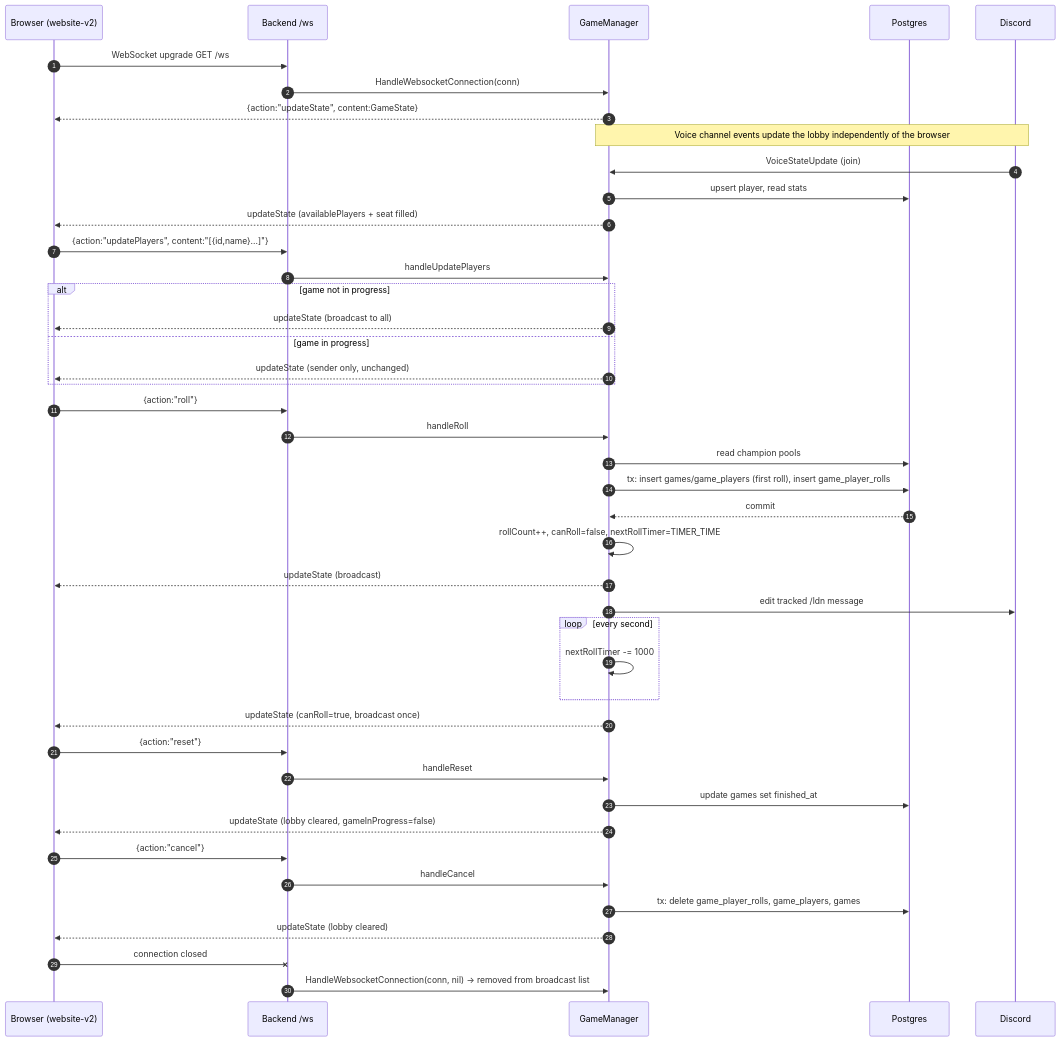
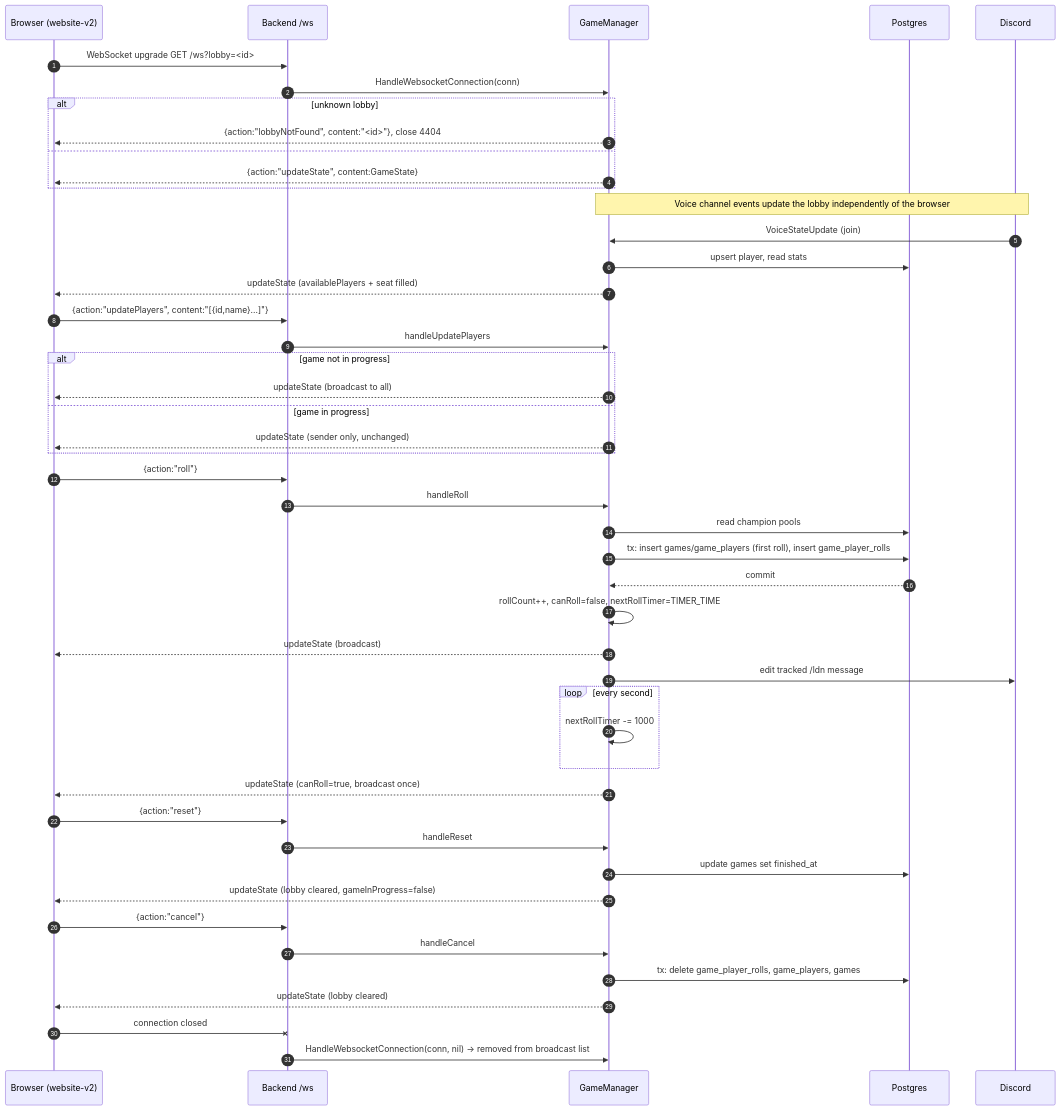
Before and after one commit to phturb/bonjack-tools-backend-go: the diagram in README.md, drawn with Mermaid. The commit also changed other lines of this file and 14 other files, not shown here.

````diff
--- a/README.md
+++ b/README.md
@@ -86,53 +94,57 @@
 ```mermaid
 sequenceDiagram
     autonumber
     participant B as Browser (website-v2)
     participant S as Backend /ws
     participant GM as GameManager
     participant DB as Postgres
     participant D as Discord
 
-    B->>S: WebSocket upgrade GET /ws
+    B->>S: WebSocket upgrade GET /ws?lobby=<id>
     S->>GM: HandleWebsocketConnection(conn)
-    GM-->>B: {action:"updateState", content:GameState}
+    alt unknown lobby
+        GM-->>B: {action:"lobbyNotFound", content:"<id>"}, close 4404
+    else
+        GM-->>B: {action:"updateState", content:GameState}
+    end
 
     Note over D,GM: Voice channel events update the lobby independently of the browser
     D->>GM: VoiceStateUpdate (join)
     GM->>DB: upsert player, read stats
     GM-->>B: updateState (availablePlayers + seat filled)
 
     B->>S: {action:"updatePlayers", content:"[{id,name}...]"}
     S->>GM: handleUpdatePlayers
     alt game not in progress
         GM-->>B: updateState (broadcast to all)
     else game in progress
         GM-->>B: updateState (sender only, unchanged)
     end
 
     B->>S: {action:"roll"}
     S->>GM: handleRoll
     GM->>DB: read champion pools
     GM->>DB: tx: insert games/game_players (first roll), insert game_player_rolls
     DB-->>GM: commit
     GM->>GM: rollCount++, canRoll=false, nextRollTimer=TIMER_TIME
     GM-->>B: updateState (broadcast)
     GM->>D: edit tracked /ldn message
 
     loop every second
         GM->>GM: nextRollTimer -= 1000
     end
     GM-->>B: updateState (canRoll=true, broadcast once)
 
     B->>S: {action:"reset"}
     S->>GM: handleReset
     GM->>DB: update games set finished_at
     GM-->>B: updateState (lobby cleared, gameInProgress=false)
 
     B->>S: {action:"cancel"}
     S->>GM: handleCancel
     GM->>DB: tx: delete game_player_rolls, game_players, games
     GM-->>B: updateState (lobby cleared)
 
     B-xS: connection closed
     S->>GM: HandleWebsocketConnection(conn, nil) → removed from broadcast list
 ```
````
